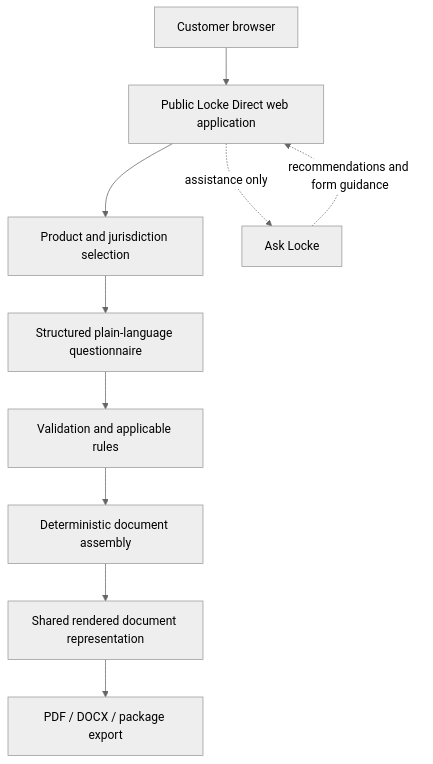
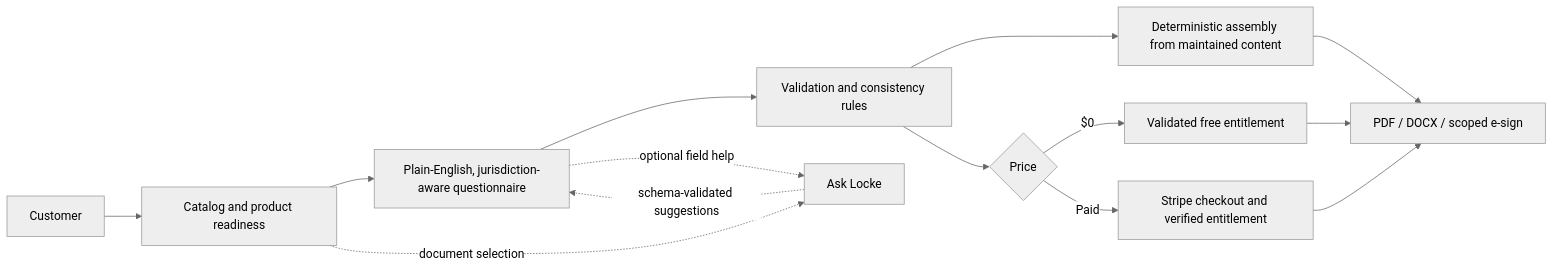
The diagram in README.md (Amishgangsta/Locke-Direct-Transparency), drawn with Mermaid (neutral theme) before and after one commit. The commit also changed other lines of this file and 13 other files, not shown here.

Commit message:
docs: foreground privacy-first design, Ask Locke and guided workflows; sync live 134-product pricing

````diff
--- a/README.md
+++ b/README.md
@@ -54,12 +53,16 @@
 ```mermaid
-flowchart TD
-  C[Customer browser] --> W[Public Locke Direct web application]
-  W --> P[Product and jurisdiction selection]
-  P --> Q[Structured plain-language questionnaire]
-  Q --> V[Validation and applicable rules]
-  V --> A[Deterministic document assembly]
-  A --> R[Shared rendered document representation]
-  R --> E[PDF / DOCX / package export]
-  W -. assistance only .-> L[Ask Locke]
-  L -. recommendations and form guidance .-> W
+flowchart LR
+  C[Customer] --> P[Catalog and product readiness]
+  P --> Q[Plain-English, jurisdiction-aware questionnaire]
+  Q --> V[Validation and consistency rules]
+  V --> A[Deterministic assembly from maintained content]
+  A --> E[PDF / DOCX / scoped e-sign]
+  P -. document selection .-> L[Ask Locke]
+  Q -. optional field help .-> L
+  L -. schema-validated suggestions .-> Q
+  V --> F{Price}
+  F -->|$0| Z[Validated free entitlement]
+  F -->|Paid| S[Stripe checkout and verified entitlement]
+  Z --> E
+  S --> E
 ```
````
